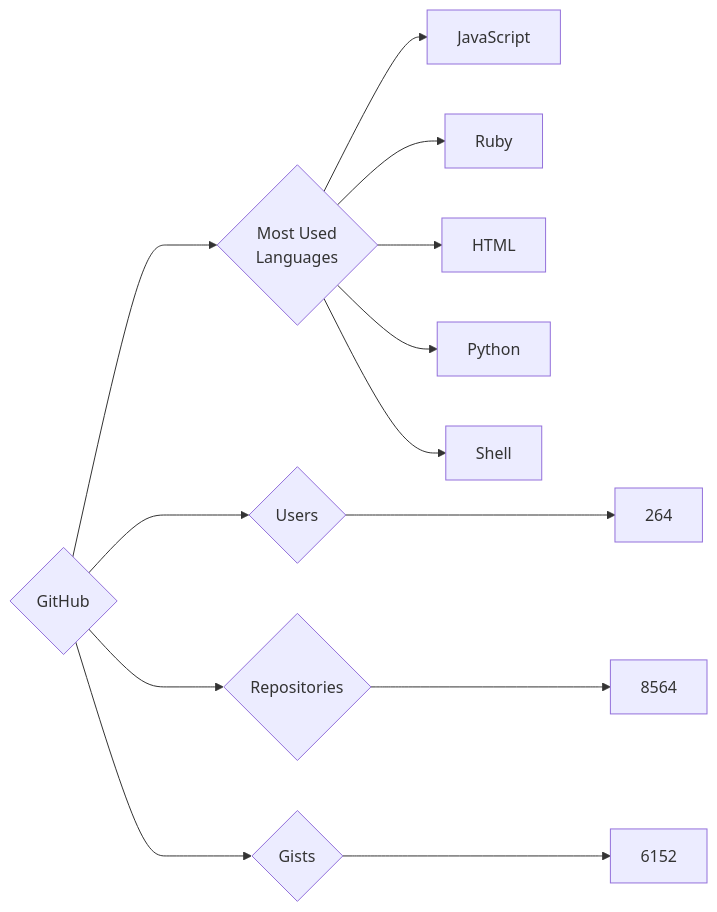
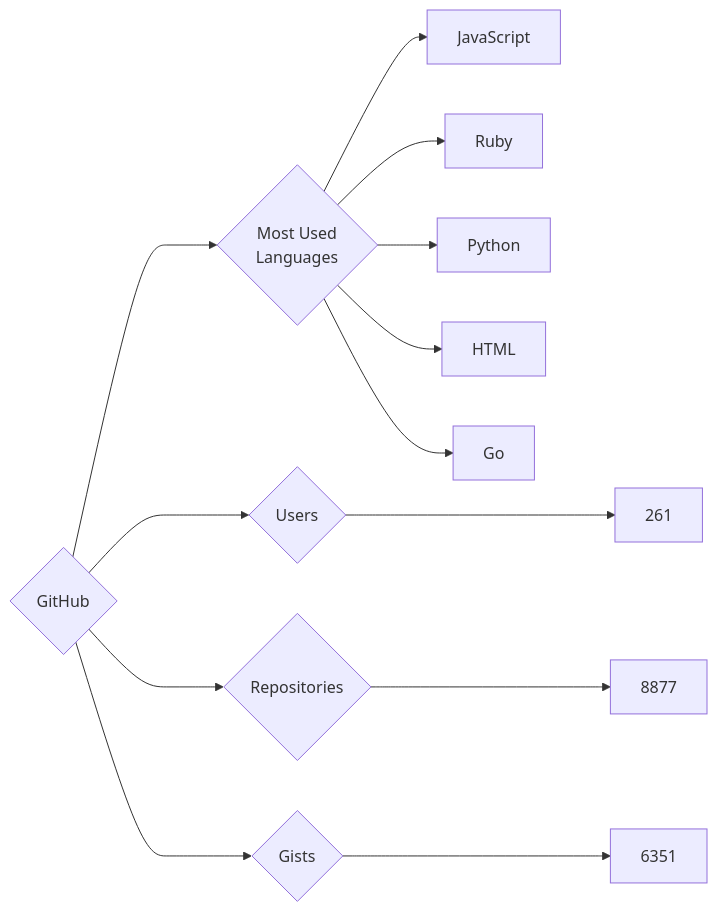
One commit to trickest/insiders changed the diagram in targets/GitHub/README.md. Above: the diagram before and after it, drawn with Mermaid. The commit also changed 809 other files, not shown here.

````diff
--- a/targets/GitHub/README.md
+++ b/targets/GitHub/README.md
@@ -3,13 +3,13 @@
 ```mermaid
 graph LR
 COMPANY_NAME{GitHub}
-COMPANY_NAME ---> U{Users} ---> UN[264]
-COMPANY_NAME ---> R{Repositories} ---> RN[8564]
-COMPANY_NAME ---> G{Gists} ---> GN[6152]
+COMPANY_NAME ---> U{Users} ---> UN[261]
+COMPANY_NAME ---> R{Repositories} ---> RN[8877]
+COMPANY_NAME ---> G{Gists} ---> GN[6351]
 COMPANY_NAME ---> ML{Most Used<br>Languages}
 ML --> JavaScript[JavaScript]
 ML --> Ruby[Ruby]
+ML --> Python[Python]
 ML --> HTML[HTML]
-ML --> Python[Python]
-ML --> Shell[Shell]
+ML --> Go[Go]
 ```
````
